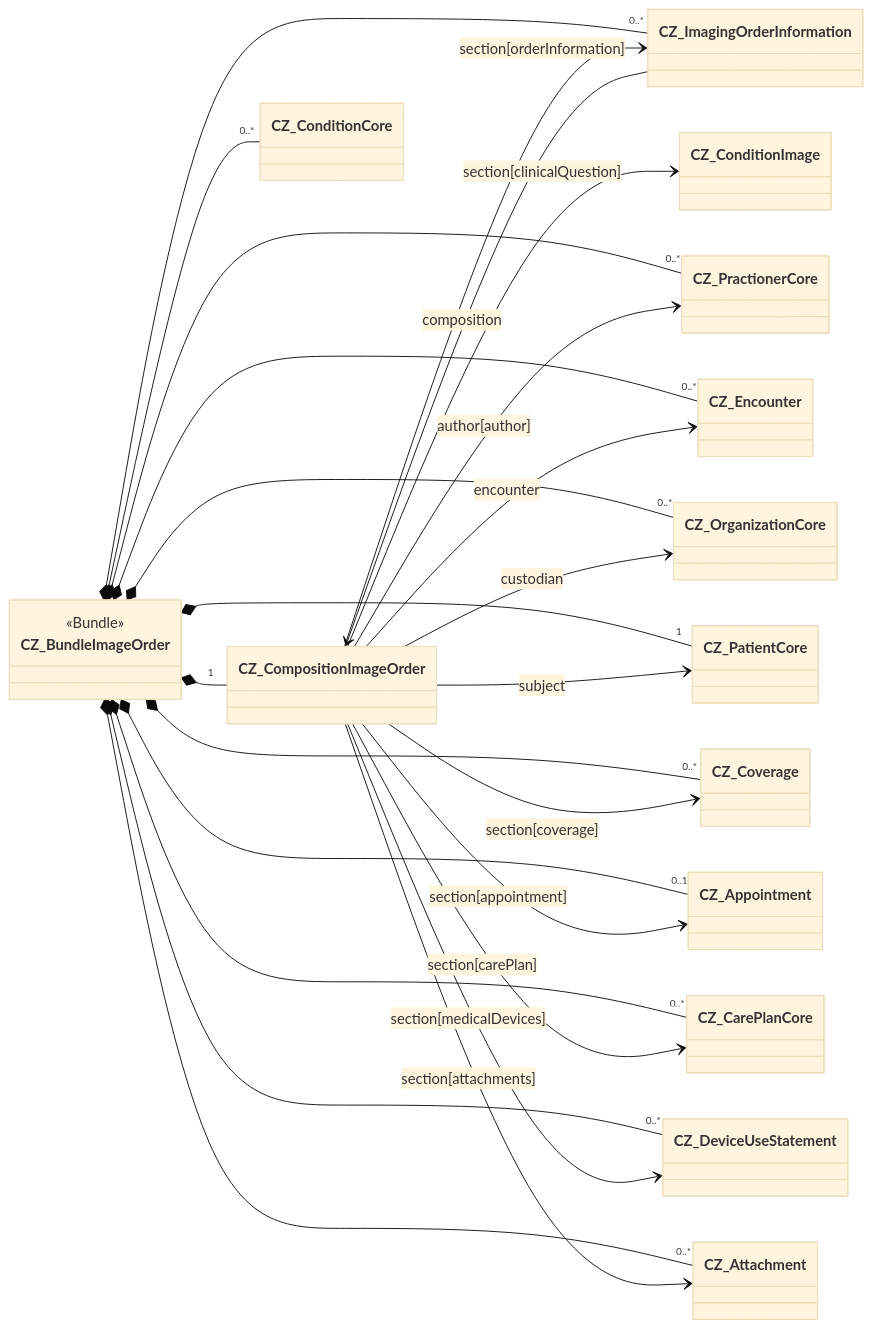
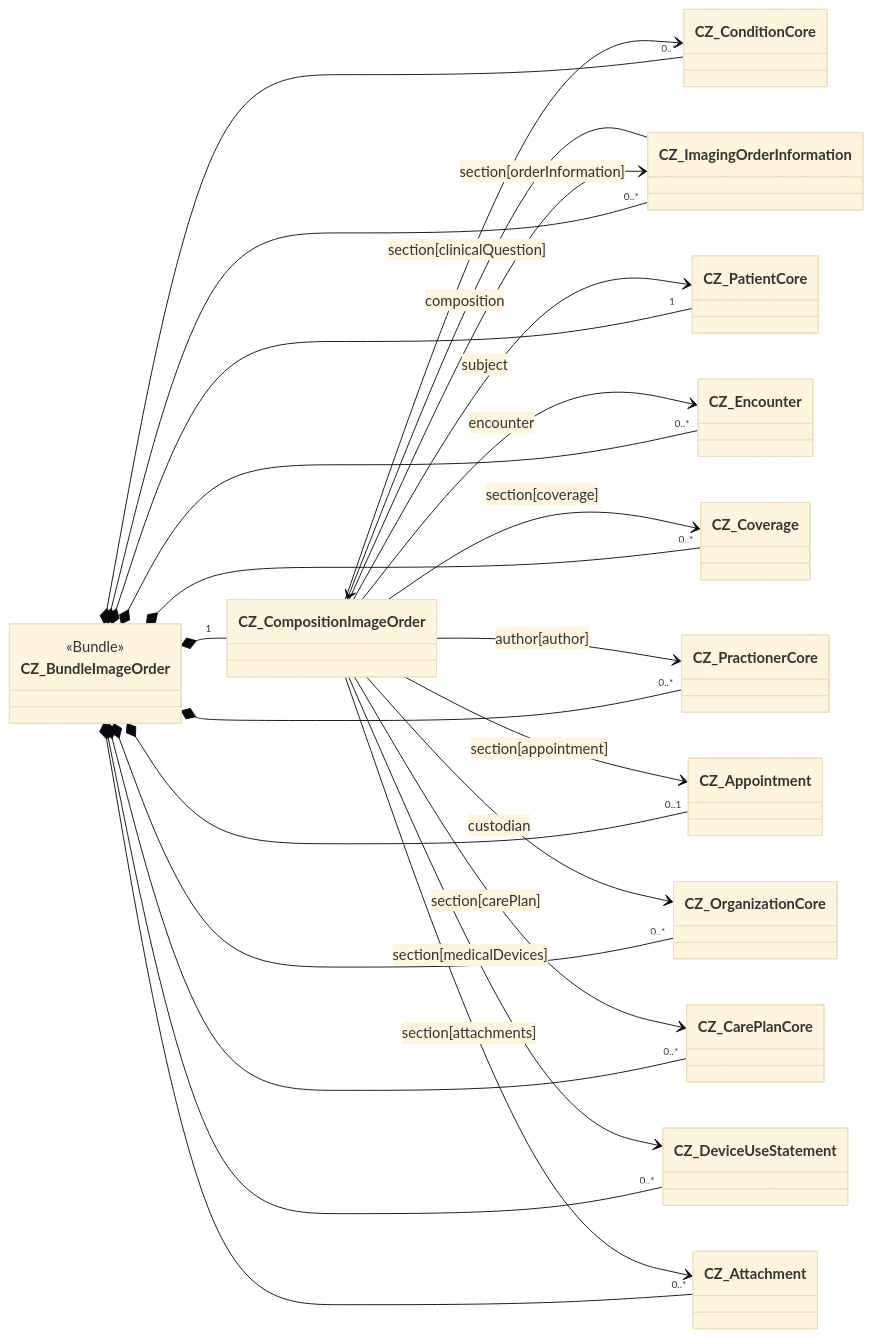
The diagram in input/pagecontent/implementation-notes-cs.md (HL7-cz/img-order), drawn with Mermaid (base theme) before and after one commit. The commit also changed 2 other files, not shown here.

Commit message:
Add mamo order

````diff
--- a/input/pagecontent/implementation-notes-cs.md
+++ b/input/pagecontent/implementation-notes-cs.md
@@ -6,34 +6,34 @@
 ```mermaid
 classDiagram
   direction LR
   class CZ_BundleImageOrder{
     <<Bundle>>
   }
   CZ_BundleImageOrder *-- "1" CZ_CompositionImageOrder
   CZ_BundleImageOrder *-- "1" CZ_PatientCore
   CZ_BundleImageOrder *-- "0..*" CZ_ImagingOrderInformation
   CZ_BundleImageOrder *-- "0..*" CZ_ConditionCore
   CZ_BundleImageOrder *-- "0..*" CZ_Coverage
   CZ_BundleImageOrder *-- "0..*" CZ_Encounter
   CZ_BundleImageOrder *-- "0..1" CZ_Appointment
   CZ_BundleImageOrder *-- "0..*" CZ_CarePlanCore
   CZ_BundleImageOrder *-- "0..*" CZ_PractionerCore
   CZ_BundleImageOrder *-- "0..*" CZ_OrganizationCore
   CZ_BundleImageOrder *-- "0..*" CZ_DeviceUseStatement
   CZ_BundleImageOrder *-- "0..*" CZ_Attachment
 
   CZ_ImagingOrderInformation --> CZ_CompositionImageOrder: composition
   
   CZ_CompositionImageOrder --> CZ_ImagingOrderInformation: section[orderInformation]
-  CZ_CompositionImageOrder --> CZ_ConditionImage: section[clinicalQuestion]
+  CZ_CompositionImageOrder --> CZ_ConditionCore: section[clinicalQuestion]
   CZ_CompositionImageOrder --> CZ_PractionerCore: author[author]
   CZ_CompositionImageOrder --> CZ_Encounter: encounter
   CZ_CompositionImageOrder --> CZ_OrganizationCore: custodian
   CZ_CompositionImageOrder --> CZ_PatientCore: subject
   CZ_CompositionImageOrder --> CZ_Coverage: section[coverage]
   CZ_CompositionImageOrder --> CZ_Appointment: section[appointment]
   CZ_CompositionImageOrder --> CZ_CarePlanCore: section[carePlan]
   CZ_CompositionImageOrder --> CZ_DeviceUseStatement: section[medicalDevices]
   CZ_CompositionImageOrder --> CZ_Attachment: section[attachments]
 
 ```
````
